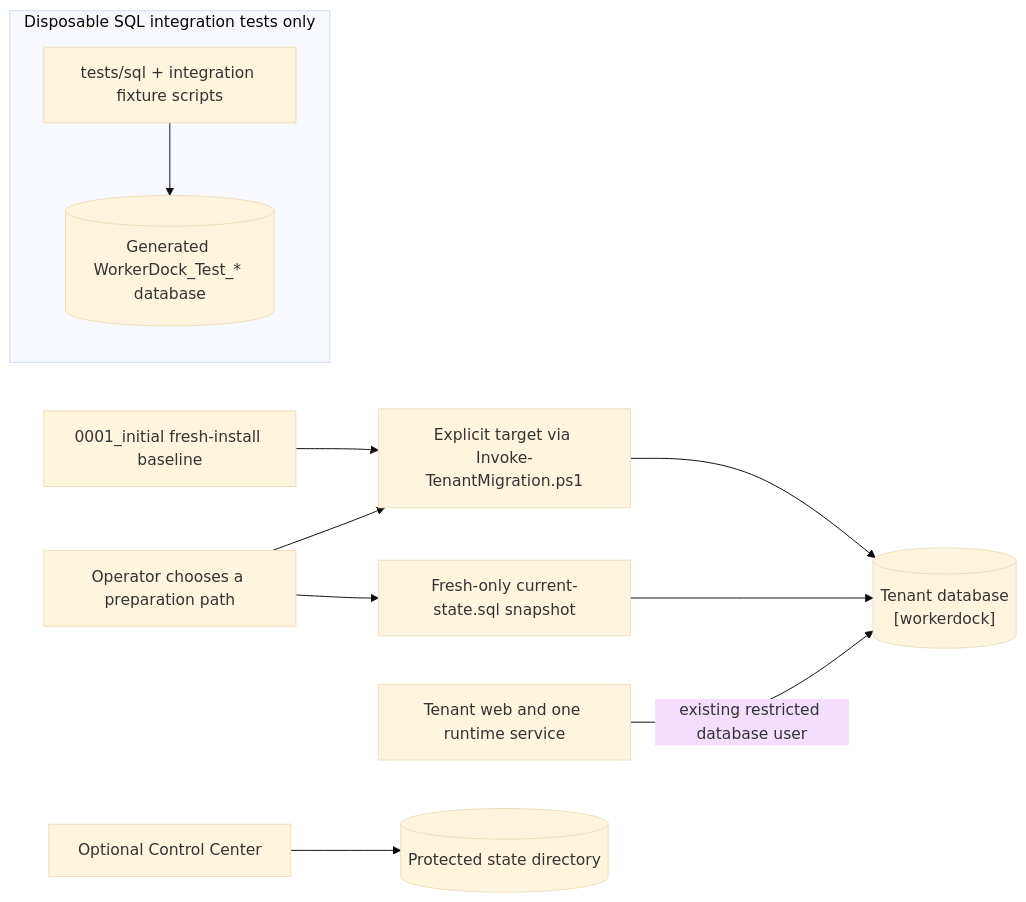
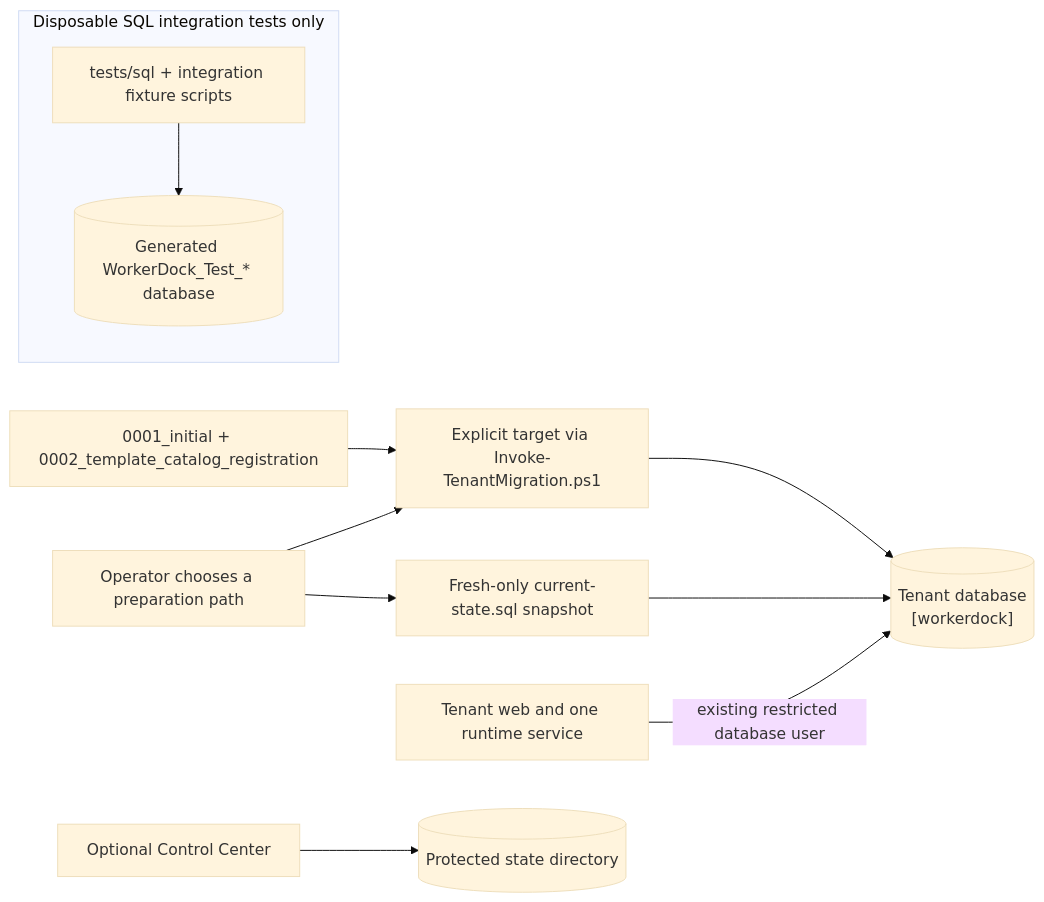
One commit to brunofreitasv/WorkerDock changed the diagram in docs/how-to/setup-sql-server.md. Above: the diagram before and after it, drawn with Mermaid (base theme). The commit also changed other lines of this file and 82 other files, not shown here.

````diff
--- a/docs/how-to/setup-sql-server.md
+++ b/docs/how-to/setup-sql-server.md
@@ -7,15 +7,15 @@
 ```mermaid
 flowchart LR
     Operator["Operator chooses a preparation path"]
-    Manifest["0001_initial fresh-install baseline"] --> MigrationScript["Explicit target via Invoke-TenantMigration.ps1"]
+    Manifest["0001_initial + 0002_template_catalog_registration"] --> MigrationScript["Explicit target via Invoke-TenantMigration.ps1"]
     Snapshot["Fresh-only current-state.sql snapshot"]
     Operator --> MigrationScript
     Operator --> Snapshot
     MigrationScript --> TenantDb[("Tenant database<br/>[workerdock]")]
     Snapshot --> TenantDb
     TenantApps["Tenant web and one runtime service"] -->|"existing restricted database user"| TenantDb
     CenterApp["Optional Control Center"] --> CenterFiles[("Protected state directory")]
     subgraph Tests["Disposable SQL integration tests only"]
         Fixtures["tests/sql + integration fixture scripts"] --> TestDb[("Generated WorkerDock_Test_* database")]
     end
 ```
````
